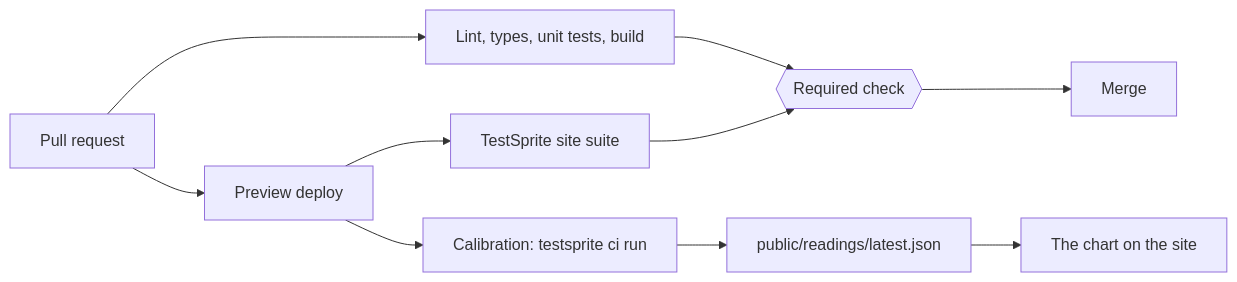
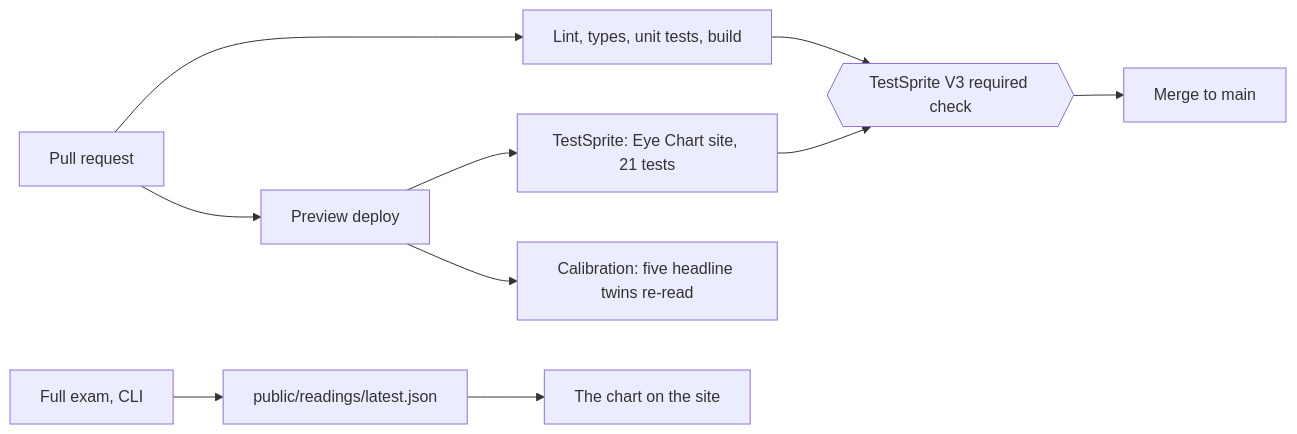
One commit to Yazan-O/eye-chart changed the diagram in README.md. Above: the diagram before and after it, drawn with Mermaid. The commit also changed other lines of this file and 3 other files, not shown here.

````diff
--- a/README.md
+++ b/README.md
@@ -54,12 +94,12 @@
 ```mermaid
 flowchart LR
   PR[Pull request] --> CI[Lint, types, unit tests, build]
   PR --> Prev[Preview deploy]
-  Prev --> Site[TestSprite site suite]
-  Site --> Gate{{Required check}}
+  Prev --> Site[TestSprite: Eye Chart site, 21 tests]
+  Site --> Gate{{TestSprite V3 required check}}
   CI --> Gate
-  Gate --> Merge[Merge]
-  Prev --> Cal[Calibration: testsprite ci run]
-  Cal --> JSON[public/readings/latest.json]
+  Gate --> Merge[Merge to main]
+  Prev --> Cal[Calibration: five headline twins re-read]
+  Exam[Full exam, CLI] --> JSON[public/readings/latest.json]
   JSON --> Chart[The chart on the site]
 ```
````
